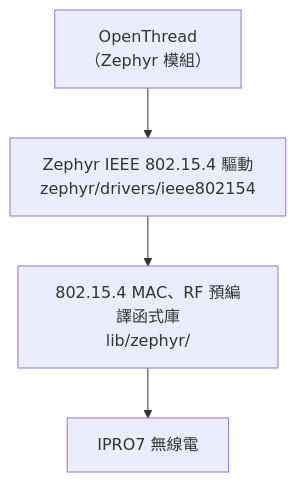
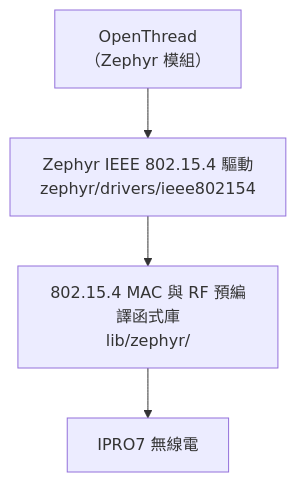
The diagram in docs/zh/guides/thread-matter.md (INTELPRO-INC/ipro-sdk-docs), drawn with Mermaid before and after one commit. The commit also changed other lines of this file and 182 other files, not shown here.

````diff
--- a/docs/zh/guides/thread-matter.md
+++ b/docs/zh/guides/thread-matter.md
@@ -30,6 +32,6 @@
 ```mermaid
 flowchart TB
   A["OpenThread<br/>（Zephyr 模組）"] --> B["Zephyr IEEE 802.15.4 驅動<br/>zephyr/drivers/ieee802154"]
-  B --> C["802.15.4 MAC、RF 預編譯函式庫<br/>lib/zephyr/"]
+  B --> C["802.15.4 MAC 與 RF 預編譯函式庫<br/>lib/zephyr/"]
   C --> D["IPRO7 無線電"]
 ```
````
